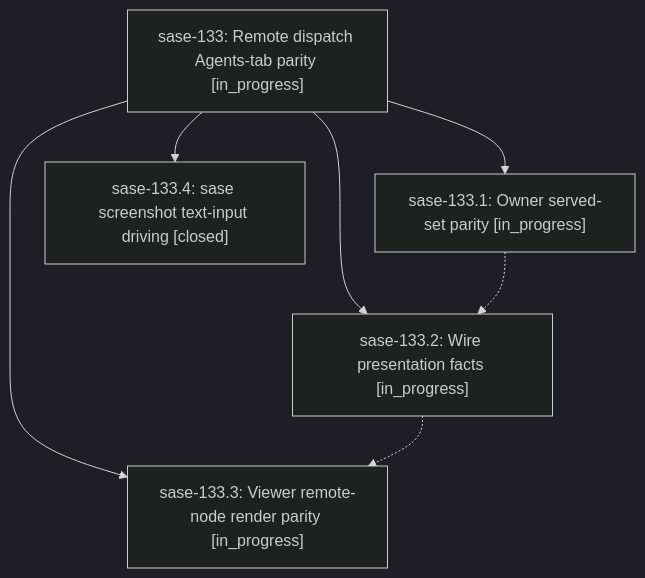
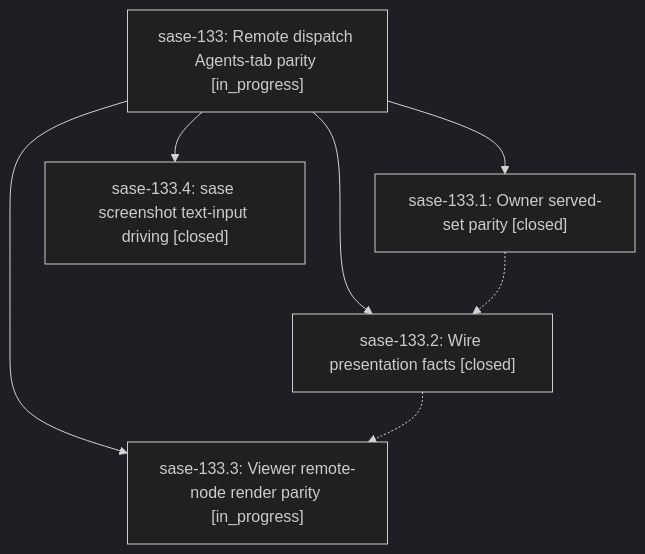
One commit to sase-org/sase--beads changed the diagram in pages/sase-133/README.md. Above: the diagram before and after it, drawn with Mermaid (dark theme). The commit also changed other lines of this file and 3 other files, not shown here.

````diff
--- a/pages/sase-133/README.md
+++ b/pages/sase-133/README.md
@@ -37,14 +37,14 @@
 ```mermaid
 flowchart TD
     n0["sase-133: Remote dispatch Agents-tab parity [in_progress]"]
-    n1["sase-133.1: Owner served-set parity [in_progress]"]
-    n2["sase-133.2: Wire presentation facts [in_progress]"]
+    n1["sase-133.1: Owner served-set parity [closed]"]
+    n2["sase-133.2: Wire presentation facts [closed]"]
     n3["sase-133.3: Viewer remote-node render parity [in_progress]"]
     n4["sase-133.4: sase screenshot text-input driving [closed]"]
     n0 --> n1
     n0 --> n2
     n0 --> n3
     n0 --> n4
     n1 -.-> n2
     n2 -.-> n3
 ```
````
